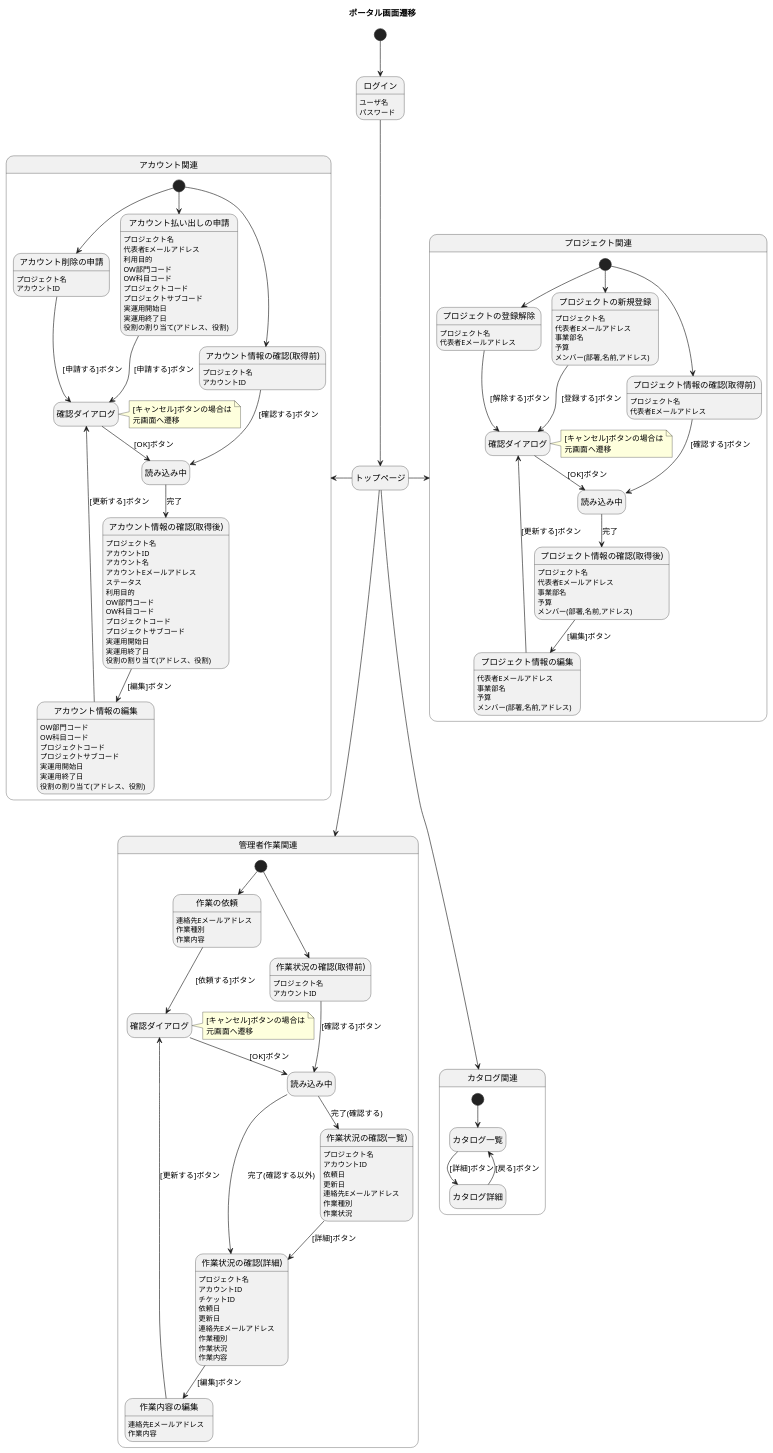
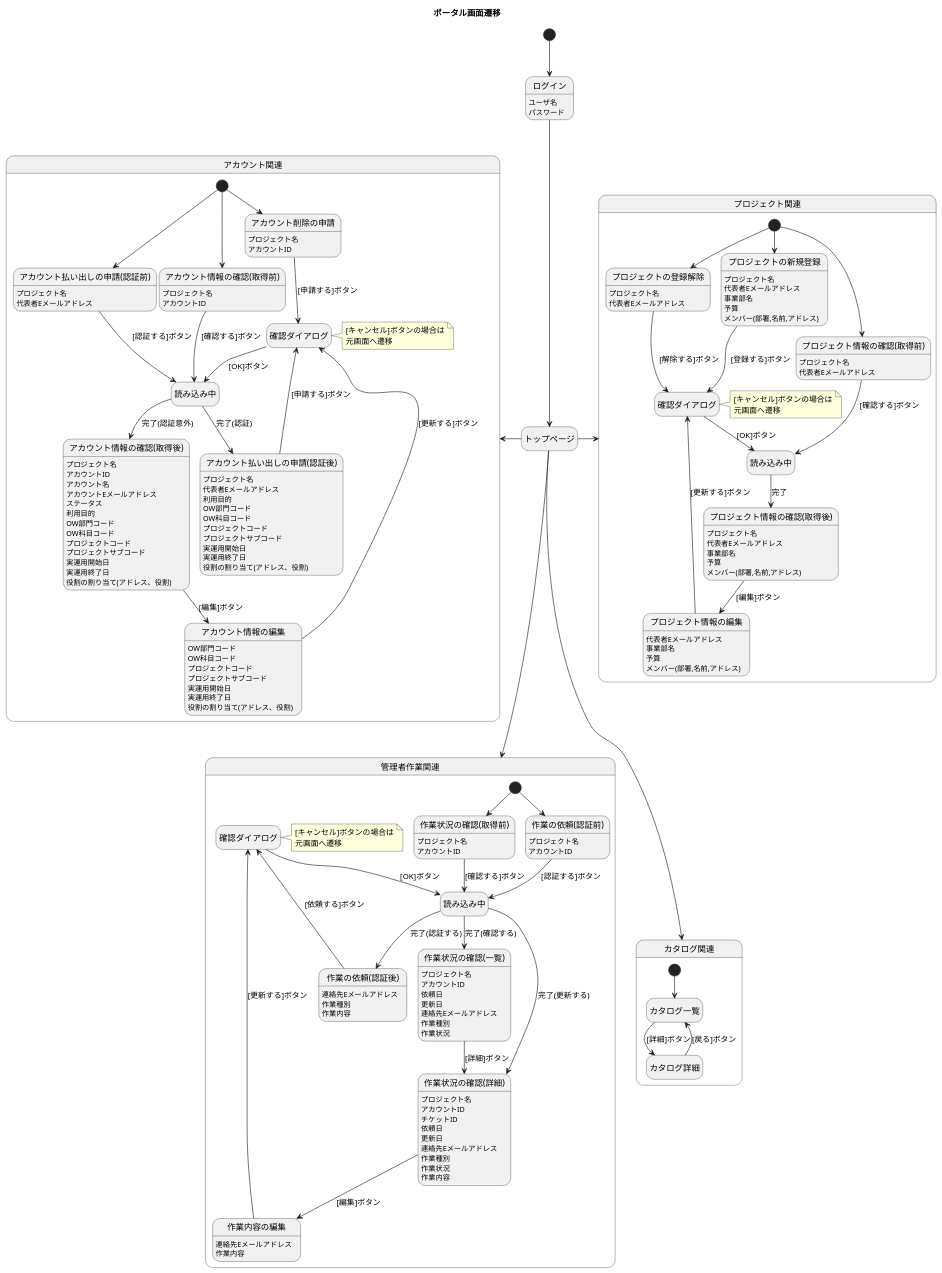
Before and after one commit to shimizu-jkc/orbit-portal-frontend: the diagram in doc/diagram/state-machine/ScreenTransition.pu, drawn with PlantUML. The commit also changed 1 other file, not shown here.

Commit message:
Add diagram

```diff
--- a/doc/diagram/state-machine/ScreenTransition.pu
+++ b/doc/diagram/state-machine/ScreenTransition.pu
@@ -1,162 +1,172 @@
 @startuml
 hide empty description
 title ポータル画面遷移
 
 state "ログイン" as login
 	login: ユーザ名
 	login: パスワード
 state "トップページ" as top
 
 [*] --> login
 login --> top
 top -right-> プロジェクト関連
 top -left-> アカウント関連
 top -down-> 管理者作業関連
 top --> カタログ関連
 
 state プロジェクト関連 {
 	state "プロジェクトの新規登録" as pcreate
 		pcreate: プロジェクト名
 		pcreate: 代表者Eメールアドレス
 		pcreate: 事業部名
 		pcreate: 予算
 		pcreate: メンバー(部署,名前,アドレス)
 	state "プロジェクト情報の確認(取得前)" as pget
 		pget: プロジェクト名
 		pget: 代表者Eメールアドレス
 	state "プロジェクト情報の確認(取得後)" as pget2
 		pget2: プロジェクト名
 		pget2: 代表者Eメールアドレス
 		pget2: 事業部名
 		pget2: 予算
 		pget2: メンバー(部署,名前,アドレス)
 	state "プロジェクト情報の編集" as pupdate
 		pupdate: 代表者Eメールアドレス
 		pupdate: 事業部名
 		pupdate: 予算
 		pupdate: メンバー(部署,名前,アドレス)		
 	state "プロジェクトの登録解除" as pdelete
 		pdelete: プロジェクト名
 		pdelete: 代表者Eメールアドレス
 	state "確認ダイアログ" as pconfirm
 		note right of pconfirm : [キャンセル]ボタンの場合は\n元画面へ遷移
 	state "読み込み中" as pload
 	[*] --> pcreate
 	[*] --> pget
 	[*] --> pdelete
 	pcreate --> pconfirm : [登録する]ボタン
 	pget --> pload : [確認する]ボタン
 	pget2 --> pupdate : [編集]ボタン
 	pupdate --> pconfirm : [更新する]ボタン
 	pdelete --> pconfirm : [解除する]ボタン
 	pconfirm --> pload : [OK]ボタン
 	pload --> pget2 : 完了
 }
 
 state アカウント関連 {
-	state "アカウント払い出しの申請" as acreate
+	state "アカウント払い出しの申請(認証前)" as acreate
 		acreate: プロジェクト名
 		acreate: 代表者Eメールアドレス
-		acreate: 利用目的
-		acreate: OW部門コード
-		acreate: OW科目コード
-		acreate: プロジェクトコード
-		acreate: プロジェクトサブコード
-		acreate: 実運用開始日
-		acreate: 実運用終了日
-		acreate: 役割の割り当て(アドレス、役割)
+	state "アカウント払い出しの申請(認証後)" as acreate2
+		acreate2: プロジェクト名
+		acreate2: 代表者Eメールアドレス
+		acreate2: 利用目的
+		acreate2: OW部門コード
+		acreate2: OW科目コード
+		acreate2: プロジェクトコード
+		acreate2: プロジェクトサブコード
+		acreate2: 実運用開始日
+		acreate2: 実運用終了日
+		acreate2: 役割の割り当て(アドレス、役割)
 	state "アカウント情報の確認(取得前)" as aget
 		aget: プロジェクト名
 		aget: アカウントID
 	state "アカウント情報の確認(取得後)" as aget2
 		aget2: プロジェクト名
 		aget2: アカウントID
 		aget2: アカウント名
 		aget2: アカウントEメールアドレス
 		aget2: ステータス
 		aget2: 利用目的
 		aget2: OW部門コード
 		aget2: OW科目コード
 		aget2: プロジェクトコード
 		aget2: プロジェクトサブコード
 		aget2: 実運用開始日
 		aget2: 実運用終了日
 		aget2: 役割の割り当て(アドレス、役割)
 	state "アカウント情報の編集" as aupdate
 		aupdate: OW部門コード
 		aupdate: OW科目コード
 		aupdate: プロジェクトコード
 		aupdate: プロジェクトサブコード
 		aupdate: 実運用開始日
 		aupdate: 実運用終了日
 		aupdate: 役割の割り当て(アドレス、役割)
 	state "アカウント削除の申請" as adelete
 		adelete: プロジェクト名
 		adelete: アカウントID
 	state "確認ダイアログ" as aconfirm
 		note right of aconfirm : [キャンセル]ボタンの場合は\n元画面へ遷移
 	state "読み込み中" as aload
 	[*] --> acreate
 	[*] --> aget
 	[*] --> adelete
-	acreate --> aconfirm : [申請する]ボタン
+	acreate --> aload : [認証する]ボタン
+	aload --> acreate2 : 完了(認証)
+	acreate2 --> aconfirm : [申請する]ボタン
 	aget --> aload : [確認する]ボタン
 	aget2 --> aupdate : [編集]ボタン
 	aupdate --> aconfirm : [更新する]ボタン
 	adelete --> aconfirm : [申請する]ボタン
 	aconfirm --> aload : [OK]ボタン
-	aload --> aget2 : 完了
+	aload --> aget2 : 完了(認証意外)
 }
 
 state 管理者作業関連 {
-	state "作業の依頼" as tcreate
-		tcreate: 連絡先Eメールアドレス
-		tcreate: 作業種別
-		tcreate: 作業内容
+	state "作業の依頼(認証前)" as tcreate
+		tcreate: プロジェクト名
+		tcreate: アカウントID
+	state "作業の依頼(認証後)" as tcreate2
+		tcreate2: 連絡先Eメールアドレス
+		tcreate2: 作業種別
+		tcreate2: 作業内容
 	state "作業状況の確認(取得前)" as tget
 		tget: プロジェクト名
 		tget: アカウントID	
 	state "作業状況の確認(一覧)" as tget2
 		tget2: プロジェクト名
 		tget2: アカウントID	
 		tget2: 依頼日
 		tget2: 更新日
 		tget2: 連絡先Eメールアドレス
 		tget2: 作業種別
 		tget2: 作業状況
 	state "作業状況の確認(詳細)" as tget3
 		tget3: プロジェクト名
 		tget3: アカウントID	
 		tget3: チケットID	
 		tget3: 依頼日
 		tget3: 更新日
 		tget3: 連絡先Eメールアドレス
 		tget3: 作業種別
 		tget3: 作業状況
 		tget3: 作業内容
 	state "作業内容の編集" as tupdate
 		tupdate: 連絡先Eメールアドレス
 		tupdate: 作業内容
 	state "確認ダイアログ" as tconfirm
 		note right of tconfirm : [キャンセル]ボタンの場合は\n元画面へ遷移
 	state "読み込み中" as tload
 	[*] --> tcreate
 	[*] --> tget
-	tcreate --> tconfirm : [依頼する]ボタン
+	tcreate --> tload : [認証する]ボタン
+	tload --> tcreate2 : 完了(認証する)
+	tcreate2 --> tconfirm : [依頼する]ボタン
 	tget --> tload : [確認する]ボタン
 	tload --> tget2 : 完了(確認する)
 	tget2 --> tget3 : [詳細]ボタン
 	tget3 --> tupdate : [編集]ボタン
 	tupdate --> tconfirm : [更新する]ボタン
 	tconfirm --> tload : [OK]ボタン
-	tload --> tget3 : 完了(確認する以外)
+	tload --> tget3 : 完了(更新する)
 }
 
 state カタログ関連 {
 	state "カタログ一覧" as list
 	state "カタログ詳細" as detail
 	[*] --> list
 	list --> detail : [詳細]ボタン
 	detail --> list : [戻る]ボタン
 }
 @enduml
```
